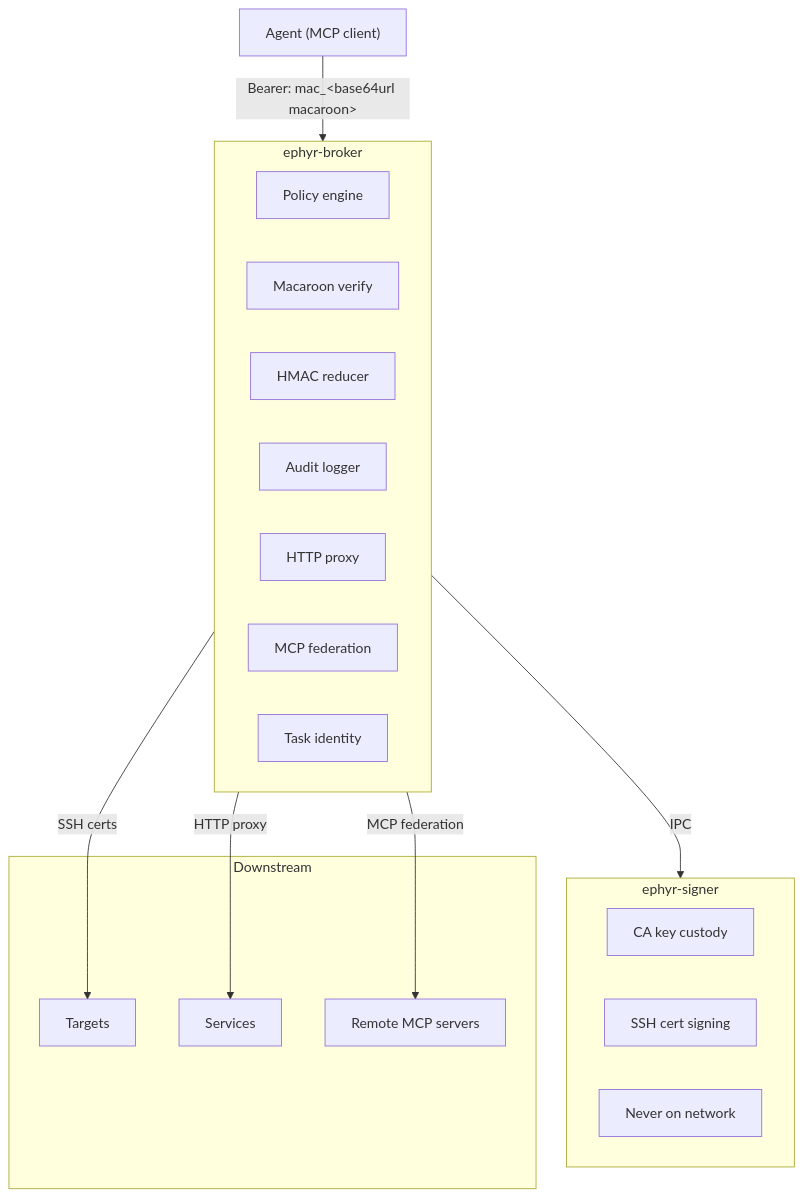
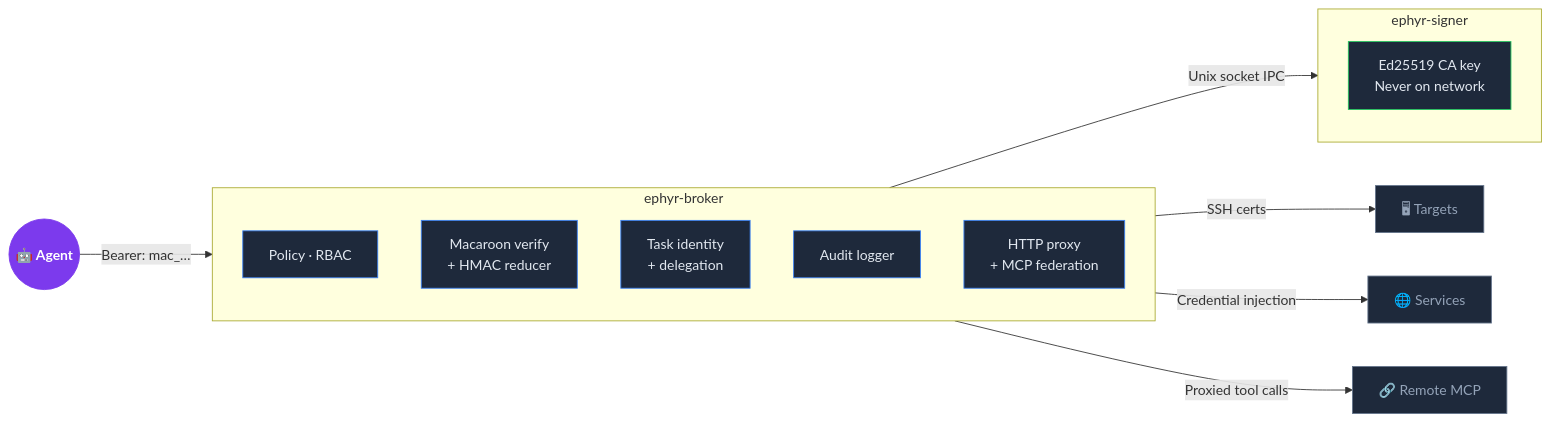
The diagram in README.md (EphyrAI/Ephyr), drawn with Mermaid before and after one commit.

Commit message:
Redesign README architecture diagram
Cleaner Mermaid diagram: LR layout, styled class defs for
color-coded components (purple agent, blue broker, green signer,
gray downstream), consolidated broker nodes, removed cluttered
subgroup for downstream targets.

````diff
--- a/README.md
+++ b/README.md
@@ -32,33 +32,31 @@
 ```mermaid
-graph TD
-    Agent["Agent (MCP client)"]
-    Agent -->|"Bearer: mac_&lt;base64url macaroon&gt;"| Broker
+graph LR
+    Agent(("🤖 Agent")):::agent
 
-    subgraph Broker["ephyr-broker"]
-        B1["Policy engine"]
-        B2["Macaroon verify"]
-        B3["HMAC reducer"]
-        B4["Audit logger"]
-        B5["HTTP proxy"]
-        B6["MCP federation"]
-        B7["Task identity"]
+    Agent -- "Bearer: mac_…" --> Broker
+
+    subgraph Broker [" ephyr-broker "]
+        direction TB
+        Policy["Policy ∙ RBAC"]:::core
+        Macaroon["Macaroon verify\n+ HMAC reducer"]:::core
+        TaskID["Task identity\n+ delegation"]:::core
+        Audit["Audit logger"]:::core
+        Proxy["HTTP proxy\n+ MCP federation"]:::core
     end
 
-    subgraph Signer["ephyr-signer"]
-        S1["CA key custody"]
-        S2["SSH cert signing"]
-        S3["Never on network"]
+    Broker -- "Unix socket IPC" --> Signer
+
+    subgraph Signer [" ephyr-signer "]
+        direction TB
+        CA["Ed25519 CA key\nNever on network"]:::signer
     end
 
-    Broker -->|IPC| Signer
+    Broker -- "SSH certs" --> T["🖥 Targets"]:::downstream
+    Broker -- "Credential injection" --> S["🌐 Services"]:::downstream
+    Broker -- "Proxied tool calls" --> R["🔗 Remote MCP"]:::downstream
 
-    subgraph Downstream["Downstream"]
-        Targets
-        Services
-        RemoteMCP["Remote MCP servers"]
-    end
-
-    Broker -->|SSH certs| Targets
-    Broker -->|HTTP proxy| Services
-    Broker -->|MCP federation| RemoteMCP
+    classDef agent fill:#7c3aed,stroke:#7c3aed,color:#fff,font-weight:bold
+    classDef core fill:#1e293b,stroke:#3b82f6,color:#e2e8f0
+    classDef signer fill:#1e293b,stroke:#22c55e,color:#e2e8f0
+    classDef downstream fill:#1e293b,stroke:#64748b,color:#94a3b8
 ```
````
